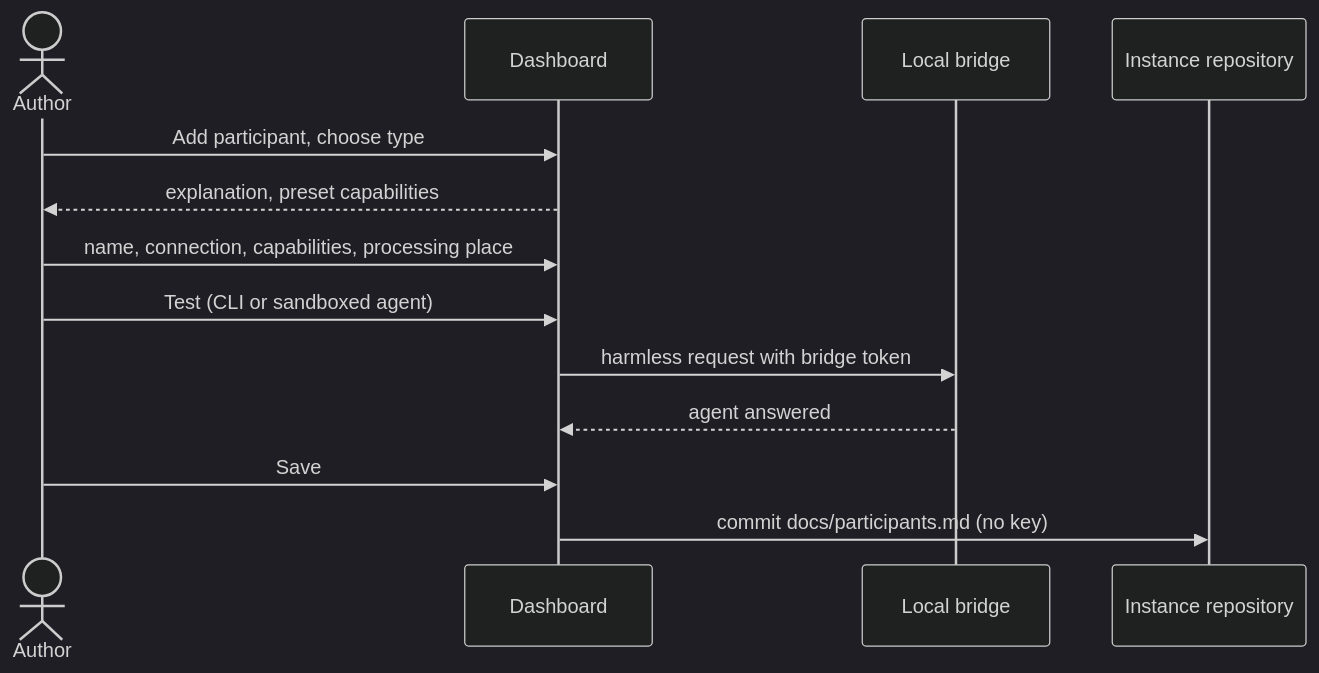
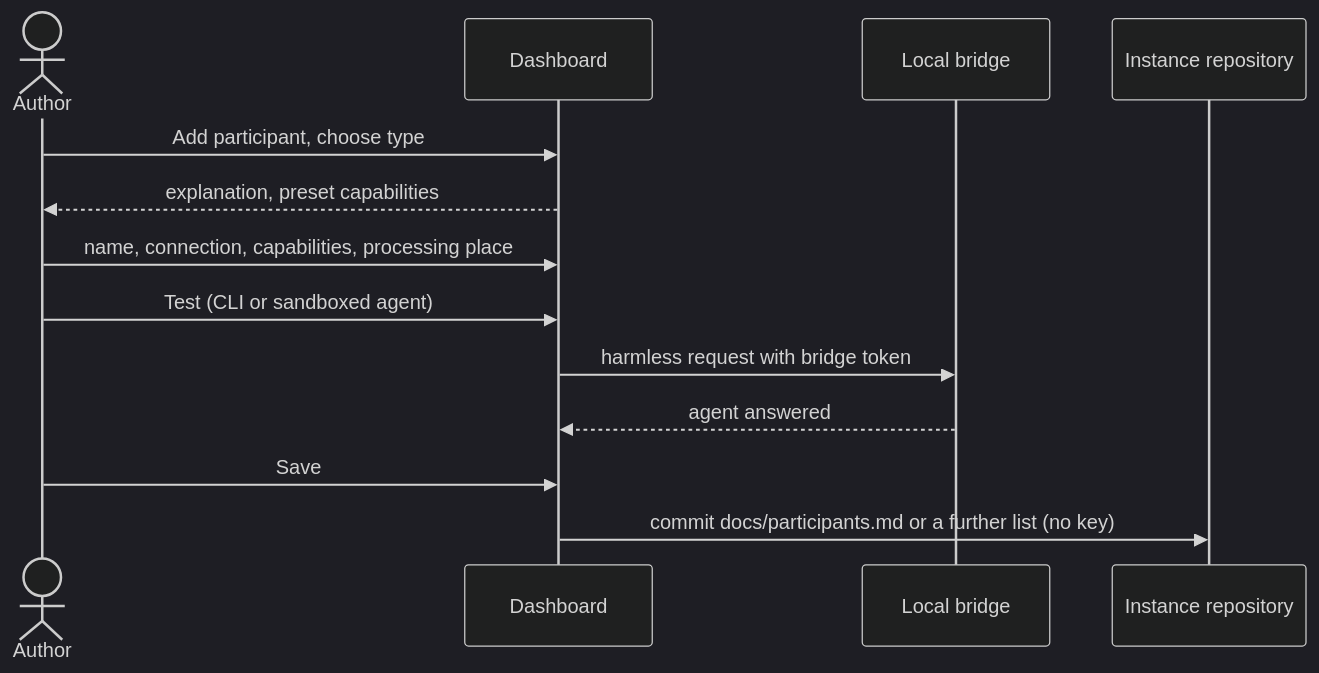
The diagram in docs/use-cases/UC-017-configure-participants.md (akmaier/agent-m), drawn with Mermaid (dark theme) before and after one commit. The commit also changed other lines of this file and 14 other files, not shown here.

````diff
--- a/docs/use-cases/UC-017-configure-participants.md
+++ b/docs/use-cases/UC-017-configure-participants.md
@@ -89,15 +90,15 @@
 ```mermaid
 sequenceDiagram
     actor A as Author
     participant D as Dashboard
     participant B as Local bridge
     participant I as Instance repository
     A->>D: Add participant, choose type
     D-->>A: explanation, preset capabilities
     A->>D: name, connection, capabilities, processing place
     A->>D: Test (CLI or sandboxed agent)
     D->>B: harmless request with bridge token
     B-->>D: agent answered
     A->>D: Save
-    D->>I: commit docs/participants.md (no key)
+    D->>I: commit docs/participants.md or a further list (no key)
 ```
````
